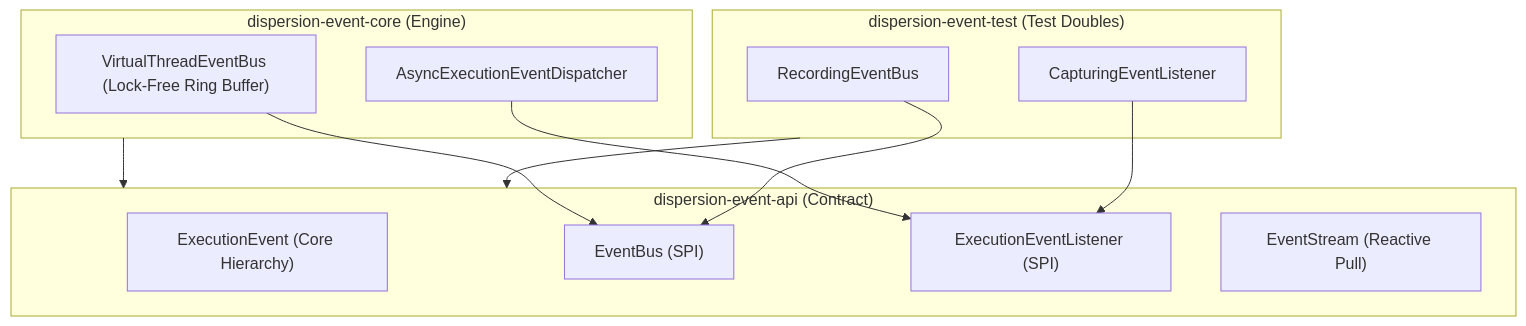
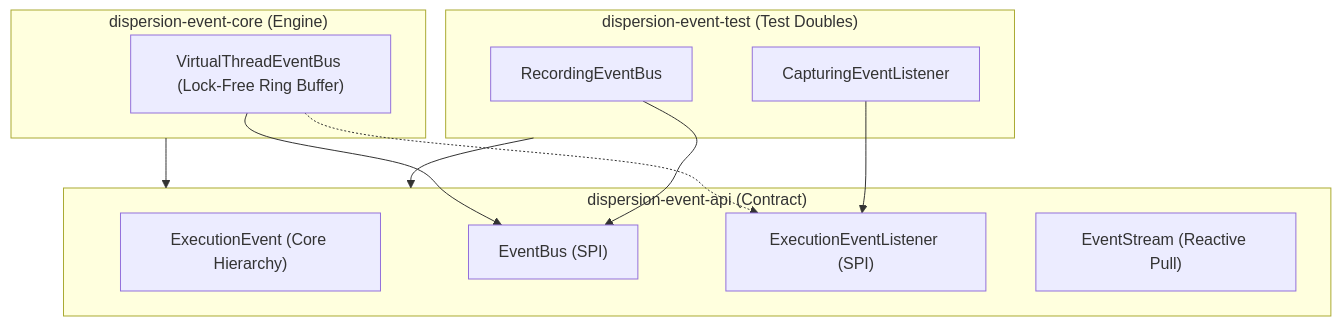
The diagram in event/README.md (f442y/dispersion), drawn with Mermaid before and after one commit. The commit also changed 11 other files, not shown here.

Commit message:
docs: establish master engineering roadmap, remove legacy next steps, and clean event bus

````diff
--- a/event/README.md
+++ b/event/README.md
@@ -11,26 +11,25 @@
 ```mermaid
 graph TD
     subgraph API["dispersion-event-api (Contract)"]
         EE["ExecutionEvent (Core Hierarchy)"]
         EB["EventBus (SPI)"]
         EEL["ExecutionEventListener (SPI)"]
         ES["EventStream (Reactive Pull)"]
     end
 
     subgraph Core["dispersion-event-core (Engine)"]
         VTEB["VirtualThreadEventBus (Lock-Free Ring Buffer)"]
-        AEED["AsyncExecutionEventDispatcher"]
         VTEB --> EB
-        AEED --> EEL
+        VTEB -.-> EEL
     end
 
     subgraph Test["dispersion-event-test (Test Doubles)"]
         REB["RecordingEventBus"]
         CEL["CapturingEventListener"]
         REB --> EB
         CEL --> EEL
     end
 
     Core --> API
     Test --> API
 ```
````
